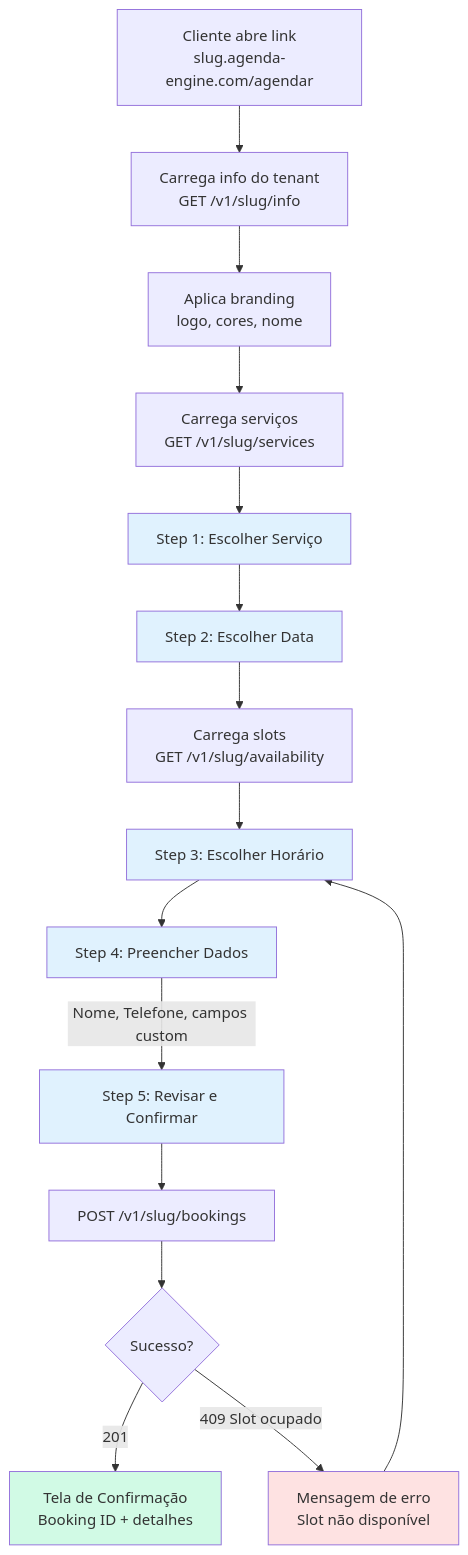
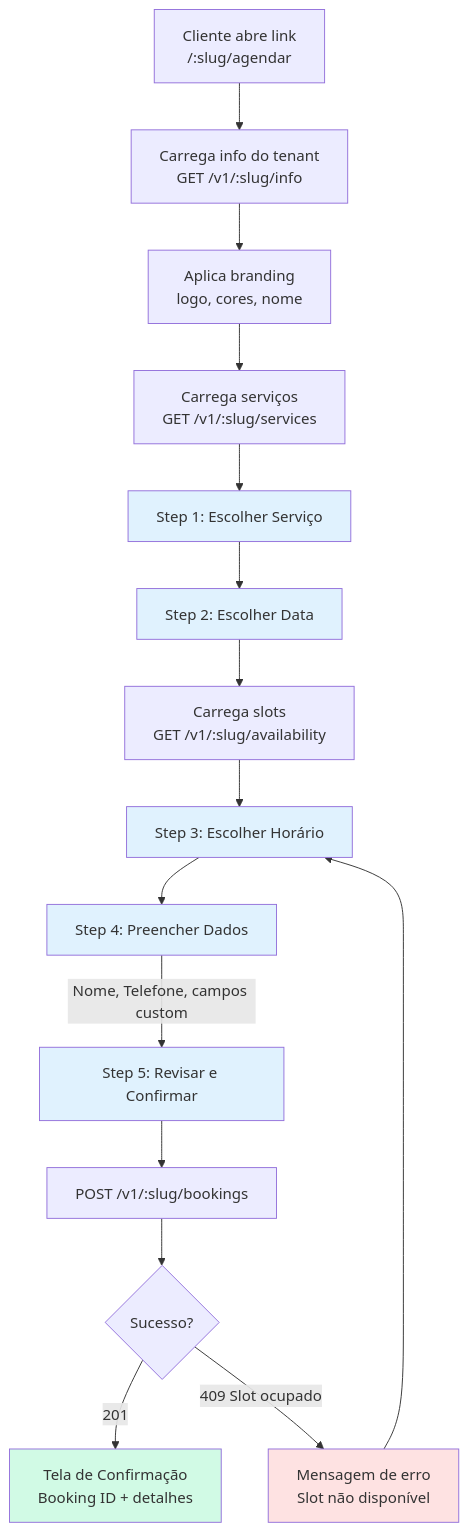
The first of 13 diagrams in docs/frontend/flows.md (tassan/temhorario), drawn with Mermaid before and after one commit. The commit also changed other lines of this file and 4 other files, not shown here.

First line of the commit message:
docs(frontend): align architecture and flows with API contract

````diff
--- a/docs/frontend/flows.md
+++ b/docs/frontend/flows.md
@@ -11,28 +13,28 @@
 ```mermaid
 flowchart TD
-    A[Cliente abre link<br/>slug.agenda-engine.com/agendar] --> B[Carrega info do tenant<br/>GET /v1/slug/info]
+    A[Cliente abre link<br/>/:slug/agendar] --> B[Carrega info do tenant<br/>GET /v1/:slug/info]
     B --> C[Aplica branding<br/>logo, cores, nome]
-    C --> D[Carrega serviços<br/>GET /v1/slug/services]
+    C --> D[Carrega serviços<br/>GET /v1/:slug/services]
     D --> E[Step 1: Escolher Serviço]
 
     E --> F[Step 2: Escolher Data]
-    F --> G[Carrega slots<br/>GET /v1/slug/availability]
+    F --> G[Carrega slots<br/>GET /v1/:slug/availability]
     G --> H[Step 3: Escolher Horário]
 
     H --> I[Step 4: Preencher Dados]
     I --> |Nome, Telefone, campos custom| J[Step 5: Revisar e Confirmar]
-    J --> K[POST /v1/slug/bookings]
+    J --> K[POST /v1/:slug/bookings]
 
     K --> L{Sucesso?}
     L -->|201| M[Tela de Confirmação<br/>Booking ID + detalhes]
     L -->|409 Slot ocupado| N[Mensagem de erro<br/>Slot não disponível]
     N --> H
 
     style E fill:#e0f2fe
     style F fill:#e0f2fe
     style H fill:#e0f2fe
     style I fill:#e0f2fe
     style J fill:#e0f2fe
     style M fill:#d1fae5
     style N fill:#fee2e2
 ```
````
